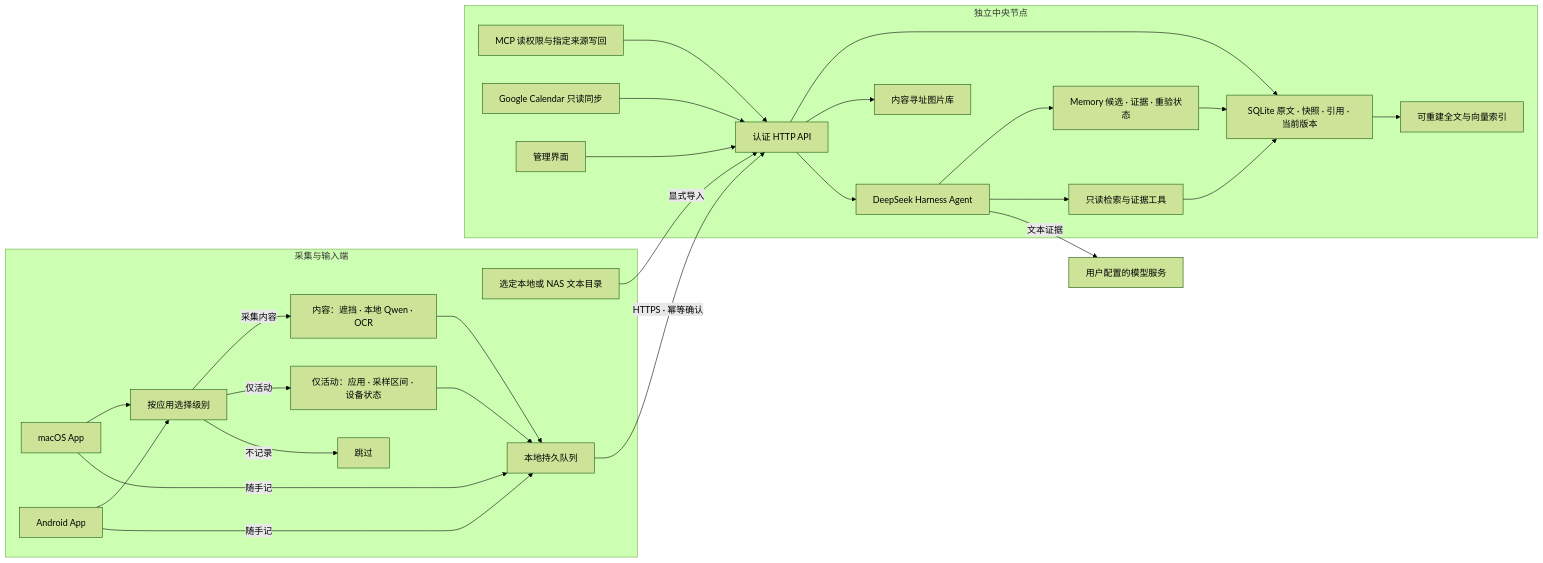
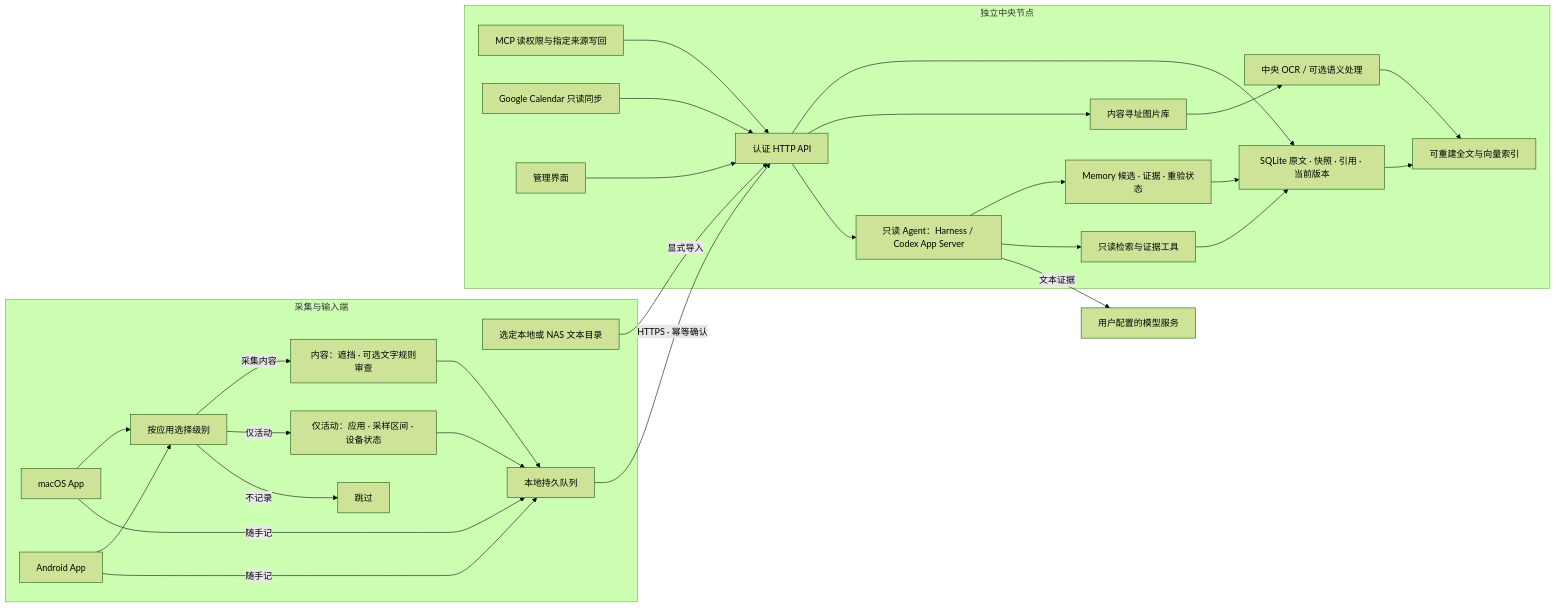
Before and after one commit to utopiafar/mote: the diagram in README.md, drawn with Mermaid (forest theme). The commit also changed other lines of this file and 40 other files, not shown here.

````diff
--- a/README.md
+++ b/README.md
@@ -47,47 +43,49 @@
 ```mermaid
 flowchart LR
   subgraph Endpoints[采集与输入端]
     Mac[macOS App]
     Android[Android App]
     Files[选定本地或 NAS 文本目录]
     Policy[按应用选择级别]
-    Privacy[内容：遮挡 · 本地 Qwen · OCR]
+    Privacy[内容：遮挡 · 可选文字规则审查]
     Activity[仅活动：应用 · 采样区间 · 设备状态]
     Queue[本地持久队列]
     Mac --> Policy
     Android --> Policy
     Policy -->|采集内容| Privacy
     Policy -->|仅活动| Activity
     Policy -->|不记录| Skip[跳过]
     Activity --> Queue
     Privacy --> Queue
     Mac -->|随手记| Queue
     Android -->|随手记| Queue
   end
   subgraph Central[独立中央节点]
     API[认证 HTTP API]
     Store[SQLite 原文 · 快照 · 引用 · 当前版本]
     Index[可重建全文与向量索引]
     Memory[Memory 候选 · 证据 · 重验状态]
     MCP[MCP 读权限与指定来源写回]
     Cloud[Google Calendar 只读同步]
     Store --> Index
     Agent --> Memory
     Memory --> Store
     MCP --> API
     Cloud --> API
     Blobs[内容寻址图片库]
-    Agent[DeepSeek Harness Agent]
+    Agent[只读 Agent：Harness / Codex App Server]
     Tools[只读检索与证据工具]
     UI[管理界面]
     API --> Store
     API --> Blobs
+    Blobs --> Perception[中央 OCR / 可选语义处理]
+    Perception --> Index
     UI --> API
     API --> Agent
     Agent --> Tools
     Tools --> Store
   end
   Queue -->|HTTPS · 幂等确认| API
   Files -->|显式导入| API
   Agent -->|文本证据| Model[用户配置的模型服务]
 ```
````
